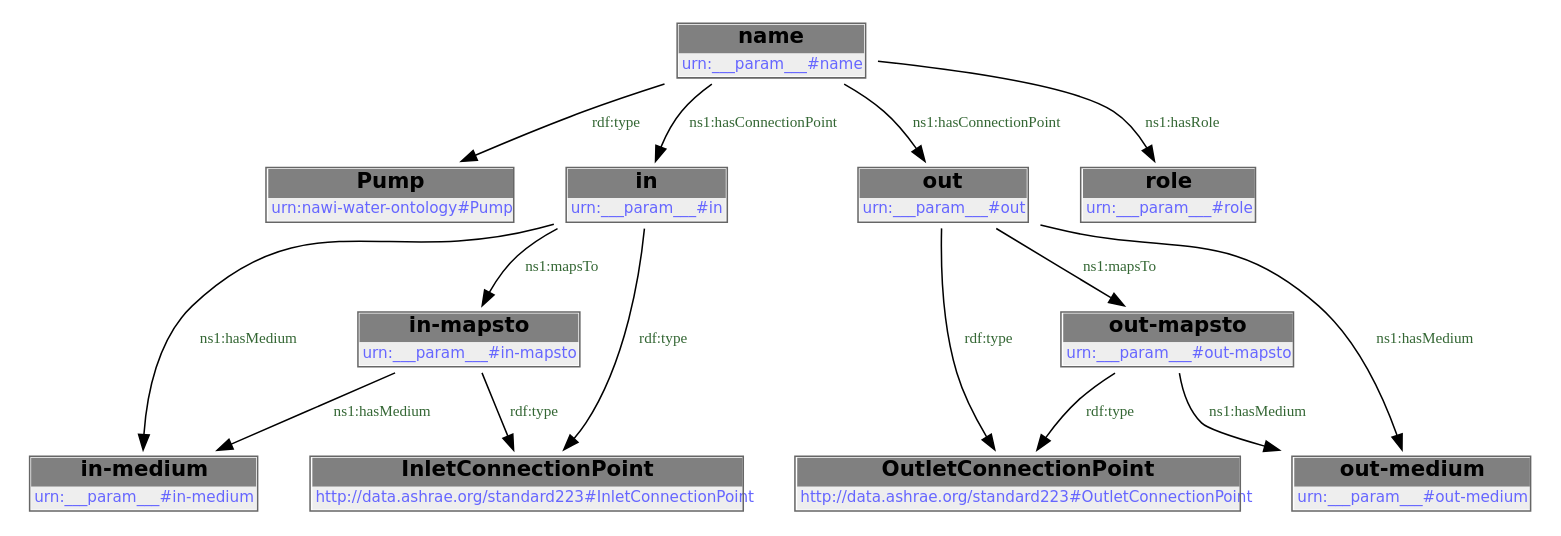
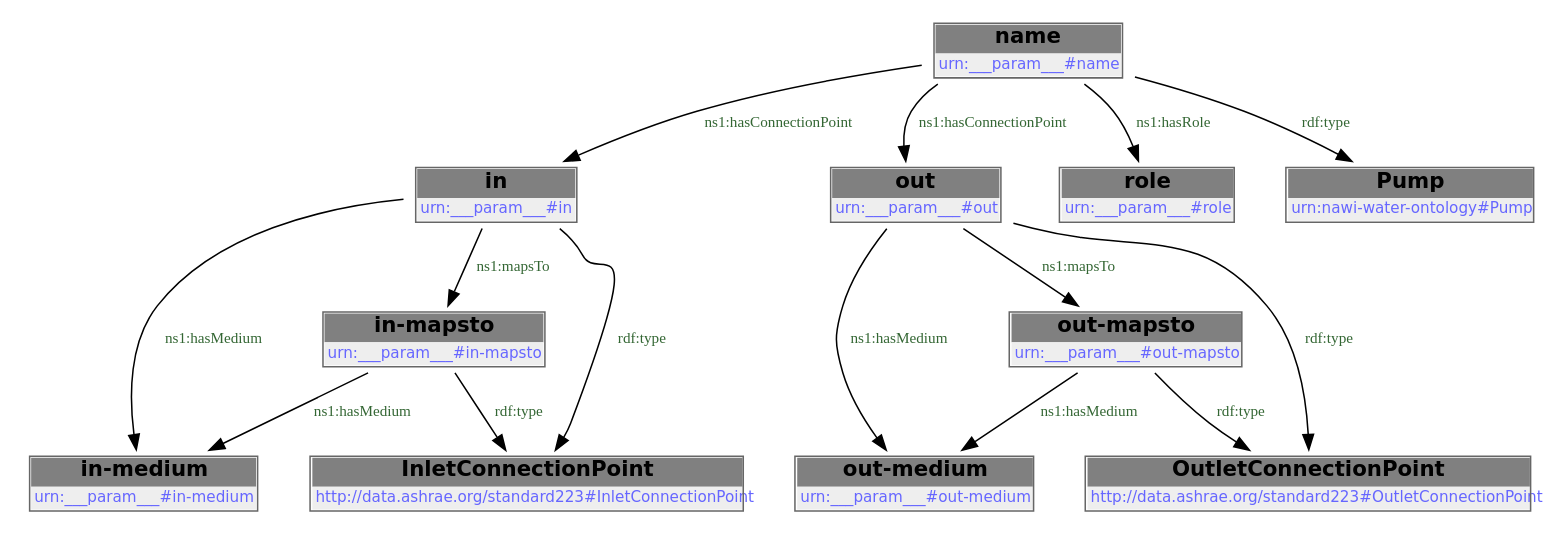
One commit to DataDrivenCPS/water-ontology changed the second of 2 diagrams in docs/libraries/templates/pump.rst. Above: the diagram before and after it, drawn with Graphviz. The commit also changed other lines of this file and 33 other files, not shown here.

```diff
--- a/docs/libraries/templates/pump.rst
+++ b/docs/libraries/templates/pump.rst
@@ -96,30 +96,30 @@
         .. graphviz::
 
                 digraph G {
             node [fontname="DejaVu Sans"];
-            node0 -> node1 [color=BLACK, label=< <font point-size='10' color='#336633'>rdf:type</font> >];
+            node0 -> node1 [color=BLACK, label=< <font point-size='10' color='#336633'>ns1:hasMedium</font> >];
             node2 -> node3 [color=BLACK, label=< <font point-size='10' color='#336633'>ns1:hasMedium</font> >];
-            node2 -> node4 [color=BLACK, label=< <font point-size='10' color='#336633'>ns1:mapsTo</font> >];
-            node5 -> node6 [color=BLACK, label=< <font point-size='10' color='#336633'>rdf:type</font> >];
-            node0 -> node2 [color=BLACK, label=< <font point-size='10' color='#336633'>ns1:hasConnectionPoint</font> >];
-            node7 -> node8 [color=BLACK, label=< <font point-size='10' color='#336633'>ns1:hasMedium</font> >];
-            node7 -> node5 [color=BLACK, label=< <font point-size='10' color='#336633'>ns1:mapsTo</font> >];
-            node4 -> node3 [color=BLACK, label=< <font point-size='10' color='#336633'>ns1:hasMedium</font> >];
-            node5 -> node8 [color=BLACK, label=< <font point-size='10' color='#336633'>ns1:hasMedium</font> >];
-            node2 -> node9 [color=BLACK, label=< <font point-size='10' color='#336633'>rdf:type</font> >];
-            node0 -> node7 [color=BLACK, label=< <font point-size='10' color='#336633'>ns1:hasConnectionPoint</font> >];
-            node7 -> node6 [color=BLACK, label=< <font point-size='10' color='#336633'>rdf:type</font> >];
-            node4 -> node9 [color=BLACK, label=< <font point-size='10' color='#336633'>rdf:type</font> >];
-            node0 -> node10 [color=BLACK, label=< <font point-size='10' color='#336633'>ns1:hasRole</font> >];
-            node0 [shape=none, color=black, label=< <table color='#666666' cellborder='0' cellspacing='0' border='1'><tr><td colspan='2' bgcolor='grey'><B>name</B></td></tr><tr><td href='urn:___param___#name' bgcolor='#eeeeee' colspan='2'><font point-size='10' color='#6666ff'>urn:___param___#name</font></td></tr></table> >];
-            node1 [shape=none, color=black, label=< <table color='#666666' cellborder='0' cellspacing='0' border='1'><tr><td colspan='2' bgcolor='grey'><B>Pump</B></td></tr><tr><td href='urn:nawi-water-ontology#Pump' bgcolor='#eeeeee' colspan='2'><font point-size='10' color='#6666ff'>urn:nawi-water-ontology#Pump</font></td></tr></table> >];
+            node4 -> node2 [color=BLACK, label=< <font point-size='10' color='#336633'>ns1:hasConnectionPoint</font> >];
+            node4 -> node5 [color=BLACK, label=< <font point-size='10' color='#336633'>ns1:hasConnectionPoint</font> >];
+            node6 -> node3 [color=BLACK, label=< <font point-size='10' color='#336633'>ns1:hasMedium</font> >];
+            node4 -> node7 [color=BLACK, label=< <font point-size='10' color='#336633'>ns1:hasRole</font> >];
+            node5 -> node1 [color=BLACK, label=< <font point-size='10' color='#336633'>ns1:hasMedium</font> >];
+            node5 -> node0 [color=BLACK, label=< <font point-size='10' color='#336633'>ns1:mapsTo</font> >];
+            node2 -> node8 [color=BLACK, label=< <font point-size='10' color='#336633'>rdf:type</font> >];
+            node0 -> node9 [color=BLACK, label=< <font point-size='10' color='#336633'>rdf:type</font> >];
+            node6 -> node8 [color=BLACK, label=< <font point-size='10' color='#336633'>rdf:type</font> >];
+            node2 -> node6 [color=BLACK, label=< <font point-size='10' color='#336633'>ns1:mapsTo</font> >];
+            node4 -> node10 [color=BLACK, label=< <font point-size='10' color='#336633'>rdf:type</font> >];
+            node5 -> node9 [color=BLACK, label=< <font point-size='10' color='#336633'>rdf:type</font> >];
+            node0 [shape=none, color=black, label=< <table color='#666666' cellborder='0' cellspacing='0' border='1'><tr><td colspan='2' bgcolor='grey'><B>out-mapsto</B></td></tr><tr><td href='urn:___param___#out-mapsto' bgcolor='#eeeeee' colspan='2'><font point-size='10' color='#6666ff'>urn:___param___#out-mapsto</font></td></tr></table> >];
+            node1 [shape=none, color=black, label=< <table color='#666666' cellborder='0' cellspacing='0' border='1'><tr><td colspan='2' bgcolor='grey'><B>out-medium</B></td></tr><tr><td href='urn:___param___#out-medium' bgcolor='#eeeeee' colspan='2'><font point-size='10' color='#6666ff'>urn:___param___#out-medium</font></td></tr></table> >];
             node2 [shape=none, color=black, label=< <table color='#666666' cellborder='0' cellspacing='0' border='1'><tr><td colspan='2' bgcolor='grey'><B>in</B></td></tr><tr><td href='urn:___param___#in' bgcolor='#eeeeee' colspan='2'><font point-size='10' color='#6666ff'>urn:___param___#in</font></td></tr></table> >];
             node3 [shape=none, color=black, label=< <table color='#666666' cellborder='0' cellspacing='0' border='1'><tr><td colspan='2' bgcolor='grey'><B>in-medium</B></td></tr><tr><td href='urn:___param___#in-medium' bgcolor='#eeeeee' colspan='2'><font point-size='10' color='#6666ff'>urn:___param___#in-medium</font></td></tr></table> >];
-            node4 [shape=none, color=black, label=< <table color='#666666' cellborder='0' cellspacing='0' border='1'><tr><td colspan='2' bgcolor='grey'><B>in-mapsto</B></td></tr><tr><td href='urn:___param___#in-mapsto' bgcolor='#eeeeee' colspan='2'><font point-size='10' color='#6666ff'>urn:___param___#in-mapsto</font></td></tr></table> >];
-            node5 [shape=none, color=black, label=< <table color='#666666' cellborder='0' cellspacing='0' border='1'><tr><td colspan='2' bgcolor='grey'><B>out-mapsto</B></td></tr><tr><td href='urn:___param___#out-mapsto' bgcolor='#eeeeee' colspan='2'><font point-size='10' color='#6666ff'>urn:___param___#out-mapsto</font></td></tr></table> >];
-            node6 [shape=none, color=black, label=< <table color='#666666' cellborder='0' cellspacing='0' border='1'><tr><td colspan='2' bgcolor='grey'><B>OutletConnectionPoint</B></td></tr><tr><td href='http://data.ashrae.org/standard223#OutletConnectionPoint' bgcolor='#eeeeee' colspan='2'><font point-size='10' color='#6666ff'>http://data.ashrae.org/standard223#OutletConnectionPoint</font></td></tr></table> >];
-            node7 [shape=none, color=black, label=< <table color='#666666' cellborder='0' cellspacing='0' border='1'><tr><td colspan='2' bgcolor='grey'><B>out</B></td></tr><tr><td href='urn:___param___#out' bgcolor='#eeeeee' colspan='2'><font point-size='10' color='#6666ff'>urn:___param___#out</font></td></tr></table> >];
-            node8 [shape=none, color=black, label=< <table color='#666666' cellborder='0' cellspacing='0' border='1'><tr><td colspan='2' bgcolor='grey'><B>out-medium</B></td></tr><tr><td href='urn:___param___#out-medium' bgcolor='#eeeeee' colspan='2'><font point-size='10' color='#6666ff'>urn:___param___#out-medium</font></td></tr></table> >];
-            node9 [shape=none, color=black, label=< <table color='#666666' cellborder='0' cellspacing='0' border='1'><tr><td colspan='2' bgcolor='grey'><B>InletConnectionPoint</B></td></tr><tr><td href='http://data.ashrae.org/standard223#InletConnectionPoint' bgcolor='#eeeeee' colspan='2'><font point-size='10' color='#6666ff'>http://data.ashrae.org/standard223#InletConnectionPoint</font></td></tr></table> >];
-            node10 [shape=none, color=black, label=< <table color='#666666' cellborder='0' cellspacing='0' border='1'><tr><td colspan='2' bgcolor='grey'><B>role</B></td></tr><tr><td href='urn:___param___#role' bgcolor='#eeeeee' colspan='2'><font point-size='10' color='#6666ff'>urn:___param___#role</font></td></tr></table> >];
+            node4 [shape=none, color=black, label=< <table color='#666666' cellborder='0' cellspacing='0' border='1'><tr><td colspan='2' bgcolor='grey'><B>name</B></td></tr><tr><td href='urn:___param___#name' bgcolor='#eeeeee' colspan='2'><font point-size='10' color='#6666ff'>urn:___param___#name</font></td></tr></table> >];
+            node5 [shape=none, color=black, label=< <table color='#666666' cellborder='0' cellspacing='0' border='1'><tr><td colspan='2' bgcolor='grey'><B>out</B></td></tr><tr><td href='urn:___param___#out' bgcolor='#eeeeee' colspan='2'><font point-size='10' color='#6666ff'>urn:___param___#out</font></td></tr></table> >];
+            node6 [shape=none, color=black, label=< <table color='#666666' cellborder='0' cellspacing='0' border='1'><tr><td colspan='2' bgcolor='grey'><B>in-mapsto</B></td></tr><tr><td href='urn:___param___#in-mapsto' bgcolor='#eeeeee' colspan='2'><font point-size='10' color='#6666ff'>urn:___param___#in-mapsto</font></td></tr></table> >];
+            node7 [shape=none, color=black, label=< <table color='#666666' cellborder='0' cellspacing='0' border='1'><tr><td colspan='2' bgcolor='grey'><B>role</B></td></tr><tr><td href='urn:___param___#role' bgcolor='#eeeeee' colspan='2'><font point-size='10' color='#6666ff'>urn:___param___#role</font></td></tr></table> >];
+            node8 [shape=none, color=black, label=< <table color='#666666' cellborder='0' cellspacing='0' border='1'><tr><td colspan='2' bgcolor='grey'><B>InletConnectionPoint</B></td></tr><tr><td href='http://data.ashrae.org/standard223#InletConnectionPoint' bgcolor='#eeeeee' colspan='2'><font point-size='10' color='#6666ff'>http://data.ashrae.org/standard223#InletConnectionPoint</font></td></tr></table> >];
+            node9 [shape=none, color=black, label=< <table color='#666666' cellborder='0' cellspacing='0' border='1'><tr><td colspan='2' bgcolor='grey'><B>OutletConnectionPoint</B></td></tr><tr><td href='http://data.ashrae.org/standard223#OutletConnectionPoint' bgcolor='#eeeeee' colspan='2'><font point-size='10' color='#6666ff'>http://data.ashrae.org/standard223#OutletConnectionPoint</font></td></tr></table> >];
+            node10 [shape=none, color=black, label=< <table color='#666666' cellborder='0' cellspacing='0' border='1'><tr><td colspan='2' bgcolor='grey'><B>Pump</B></td></tr><tr><td href='urn:nawi-water-ontology#Pump' bgcolor='#eeeeee' colspan='2'><font point-size='10' color='#6666ff'>urn:nawi-water-ontology#Pump</font></td></tr></table> >];
             }
```
